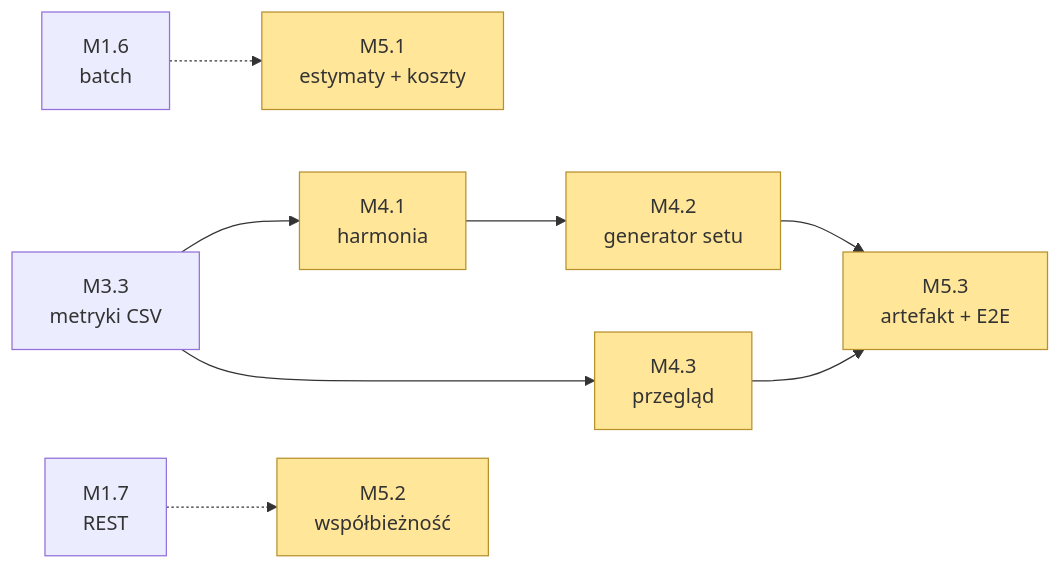
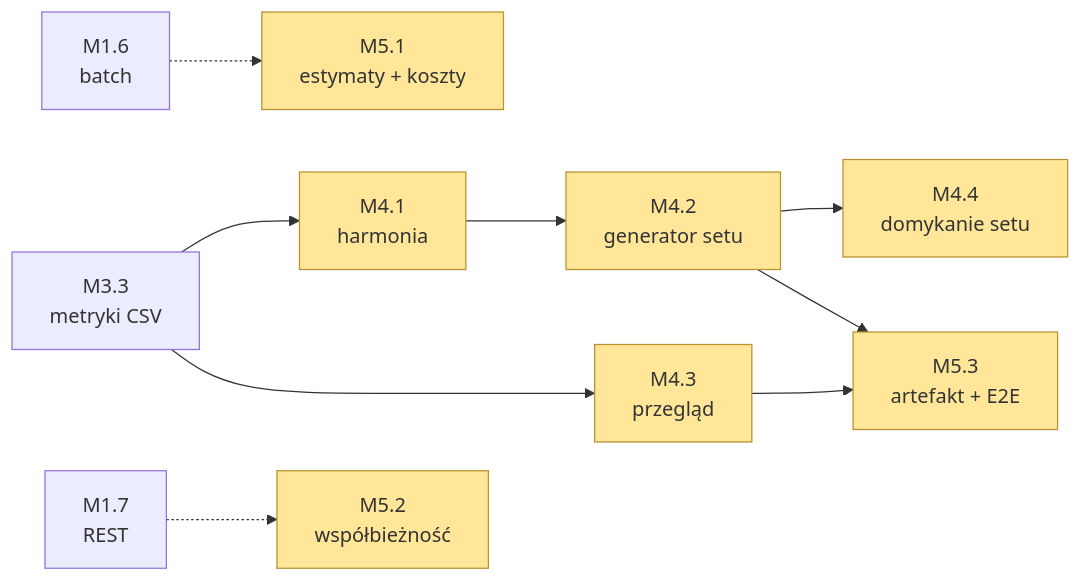
The third of 3 diagrams in docs/PLAN.md (pgoogol/music-view), drawn with Mermaid before and after one commit. The commit also changed other lines of this file and 27 other files, not shown here.

First line of the commit message:
M4.4: domykanie gotowego setu — dobieranie i uzupełnianie (D32)

````diff
--- a/docs/PLAN.md
+++ b/docs/PLAN.md
@@ -506,11 +537,12 @@
 ```mermaid
 flowchart LR
     M33[M3.3<br/>metryki CSV] --> M41[M4.1<br/>harmonia] & M43[M4.3<br/>przegląd]
     M41 --> M42[M4.2<br/>generator setu]
+    M42 --> M44[M4.4<br/>domykanie setu]
     M16[M1.6<br/>batch] -.-> M51[M5.1<br/>estymaty + koszty]
     M17[M1.7<br/>REST] -.-> M52[M5.2<br/>współbieżność]
     M42 & M43 --> M53[M5.3<br/>artefakt + E2E]
 
     classDef plan fill:#FFE699,stroke:#B6912E
-    class M41,M42,M43,M51,M52,M53 plan
+    class M41,M42,M43,M44,M51,M52,M53 plan
 ```
````
